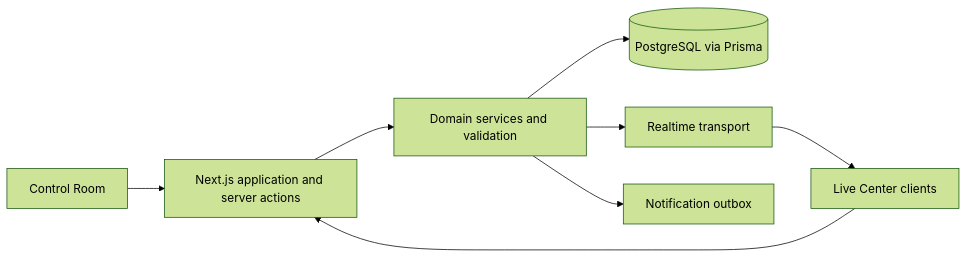
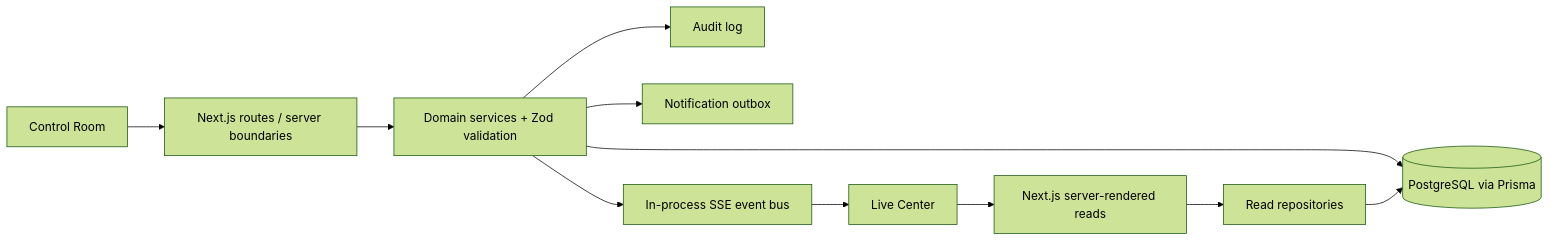
The diagram in docs/architecture.md (BrauerSebastian/sports-live-ops), drawn with Mermaid (forest theme) before and after one commit. The commit also changed other lines of this file and 100 other files, not shown here.

````diff
--- a/docs/architecture.md
+++ b/docs/architecture.md
@@ -5,10 +5,13 @@
 ```mermaid
 flowchart LR
-  CR[Control Room] --> APP[Next.js application and server actions]
-  LC[Live Center clients] --> APP
-  APP --> DOMAIN[Domain services and validation]
+  CR[Control Room] --> API[Next.js routes / server boundaries]
+  LC[Live Center] --> APP[Next.js server-rendered reads]
+  API --> DOMAIN[Domain services + Zod validation]
+  APP --> REPO[Read repositories]
   DOMAIN --> DB[(PostgreSQL via Prisma)]
-  DOMAIN --> RT[Realtime transport]
+  REPO --> DB
+  DOMAIN --> AUDIT[Audit log]
   DOMAIN --> OUTBOX[Notification outbox]
+  DOMAIN --> RT[In-process SSE event bus]
   RT --> LC
 ```
````
